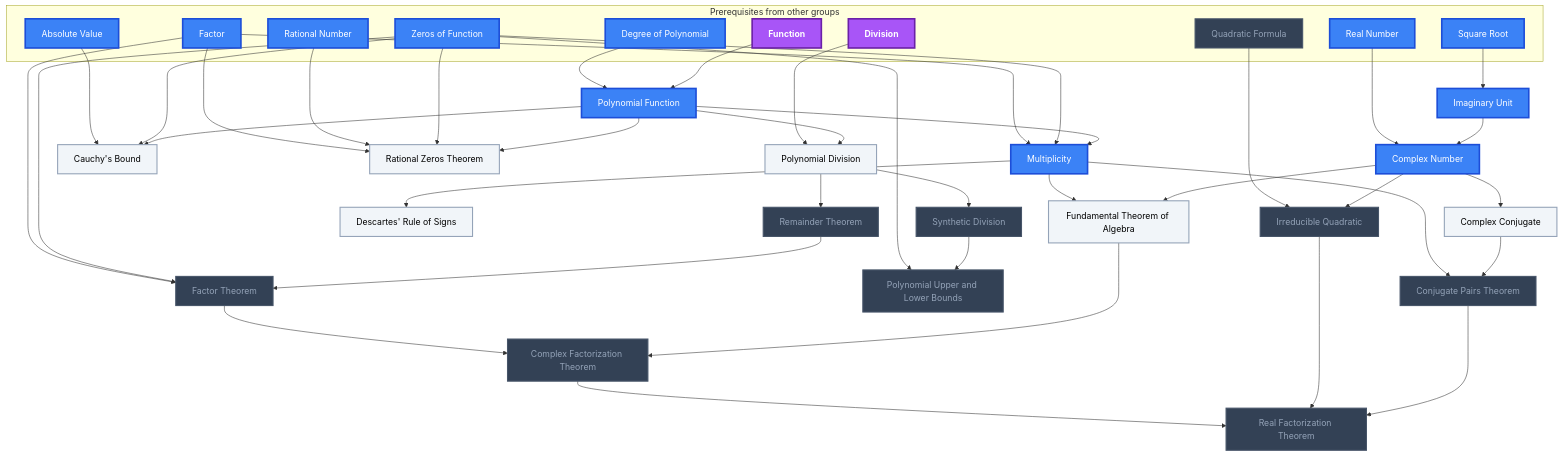
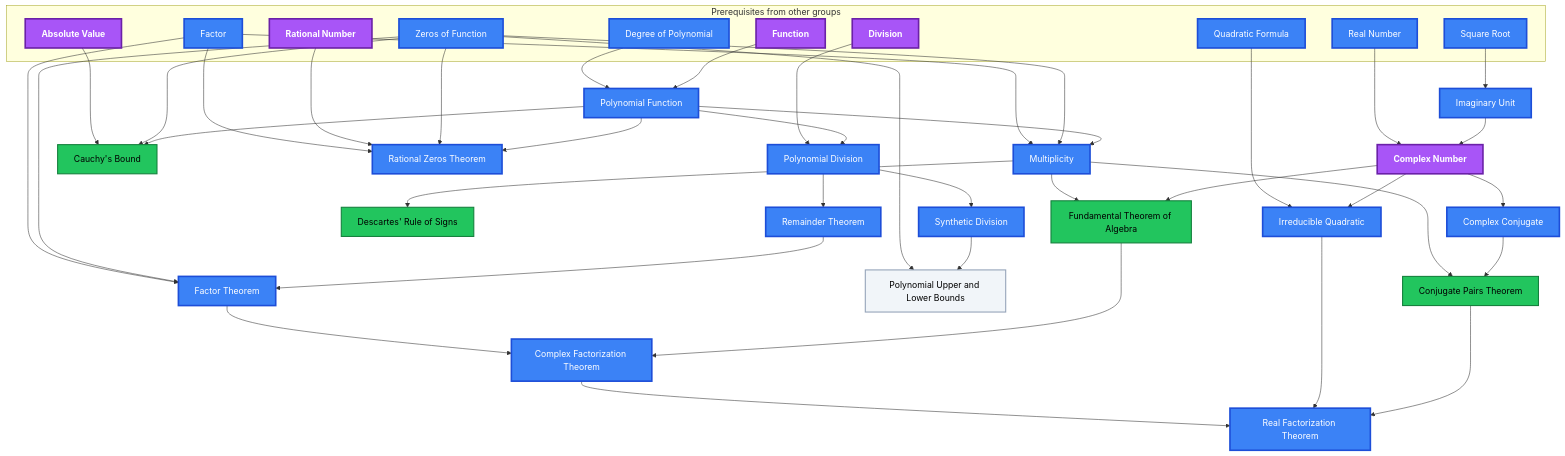
One commit to MRauf1/My-Notes changed the third of 11 diagrams in Gamification/Skill Trees/Pre-Calculus.md. Above: the diagram before and after it, drawn with Mermaid. The commit also changed other lines of this file and 145 other files, not shown here.

````diff
--- a/Gamification/Skill Trees/Pre-Calculus.md
+++ b/Gamification/Skill Trees/Pre-Calculus.md
@@ -330,9 +330,9 @@
     n_complex_factorization_theorem --> n_real_factorization_theorem
     n_irreducible_quadratic --> n_real_factorization_theorem
     n_conjugate_pairs_theorem --> n_real_factorization_theorem
-    class n_quadratic_formula,n_remainder_theorem,n_factor_theorem,n_synthetic_division,n_polynomial_upper_and_lower_bounds,n_complex_factorization_theorem,n_irreducible_quadratic,n_conjugate_pairs_theorem,n_real_factorization_theorem locked;
-    class n_polynomial_division,n_cauchy_s_bound,n_rational_zeros_theorem,n_descartes_rule_of_signs,n_complex_conjugate,n_fundamental_theorem_of_algebra L0;
-    class n_degree_of_polynomial,n_factor,n_zeros_of_function,n_absolute_value,n_rational_number,n_square_root,n_real_number,n_polynomial_function,n_multiplicity,n_imaginary_unit,n_complex_number L2;
-    class n_function,n_division L3;
+    class n_polynomial_upper_and_lower_bounds L0;
+    class n_cauchy_s_bound,n_descartes_rule_of_signs,n_fundamental_theorem_of_algebra,n_conjugate_pairs_theorem L1;
+    class n_degree_of_polynomial,n_factor,n_zeros_of_function,n_square_root,n_real_number,n_quadratic_formula,n_polynomial_function,n_multiplicity,n_polynomial_division,n_remainder_theorem,n_factor_theorem,n_synthetic_division,n_rational_zeros_theorem,n_imaginary_unit,n_complex_conjugate,n_complex_factorization_theorem,n_irreducible_quadratic,n_real_factorization_theorem L2;
+    class n_function,n_division,n_absolute_value,n_rational_number,n_complex_number L3;
     class n_degree_of_polynomial,n_function,n_factor,n_zeros_of_function,n_division,n_absolute_value,n_rational_number,n_square_root,n_real_number,n_quadratic_formula,n_polynomial_function,n_multiplicity,n_polynomial_division,n_remainder_theorem,n_factor_theorem,n_synthetic_division,n_cauchy_s_bound,n_rational_zeros_theorem,n_descartes_rule_of_signs,n_polynomial_upper_and_lower_bounds,n_imaginary_unit,n_complex_number,n_complex_conjugate,n_fundamental_theorem_of_algebra,n_complex_factorization_theorem,n_irreducible_quadratic,n_conjugate_pairs_theorem,n_real_factorization_theorem internal-link;
 ```
````
